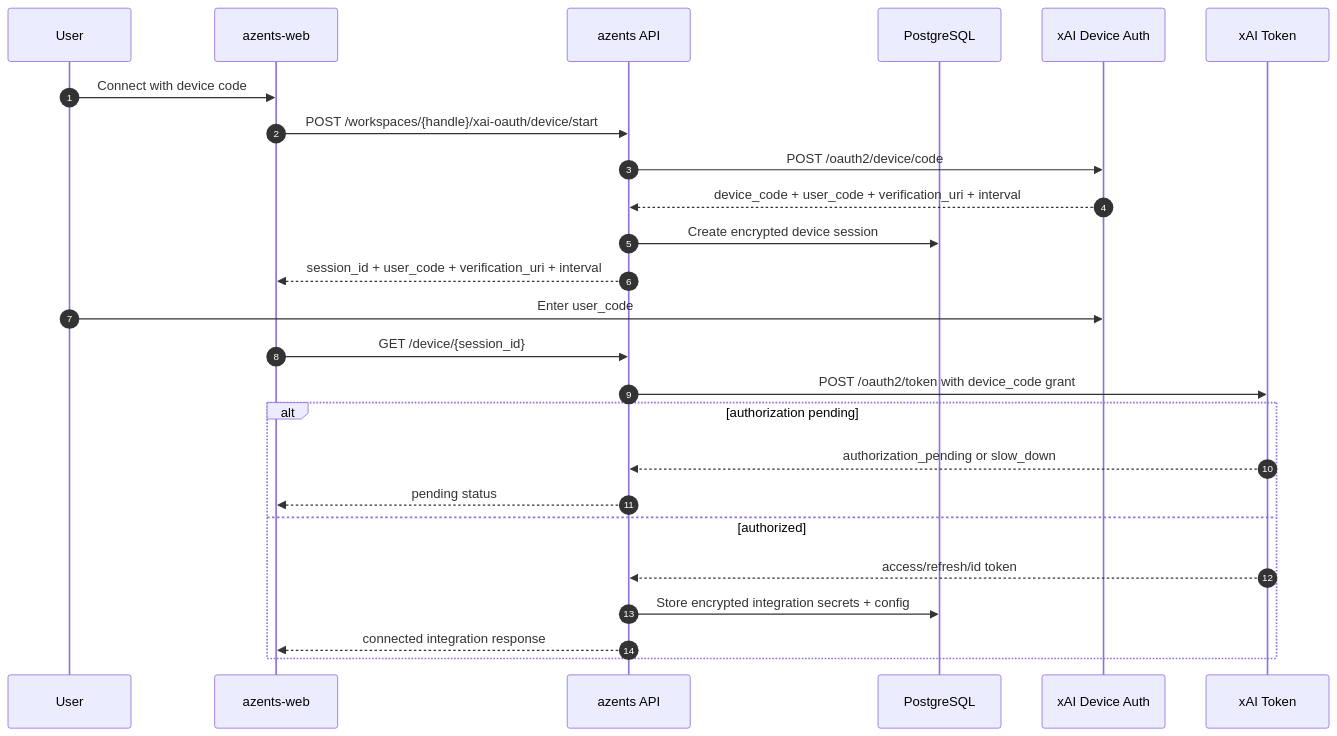
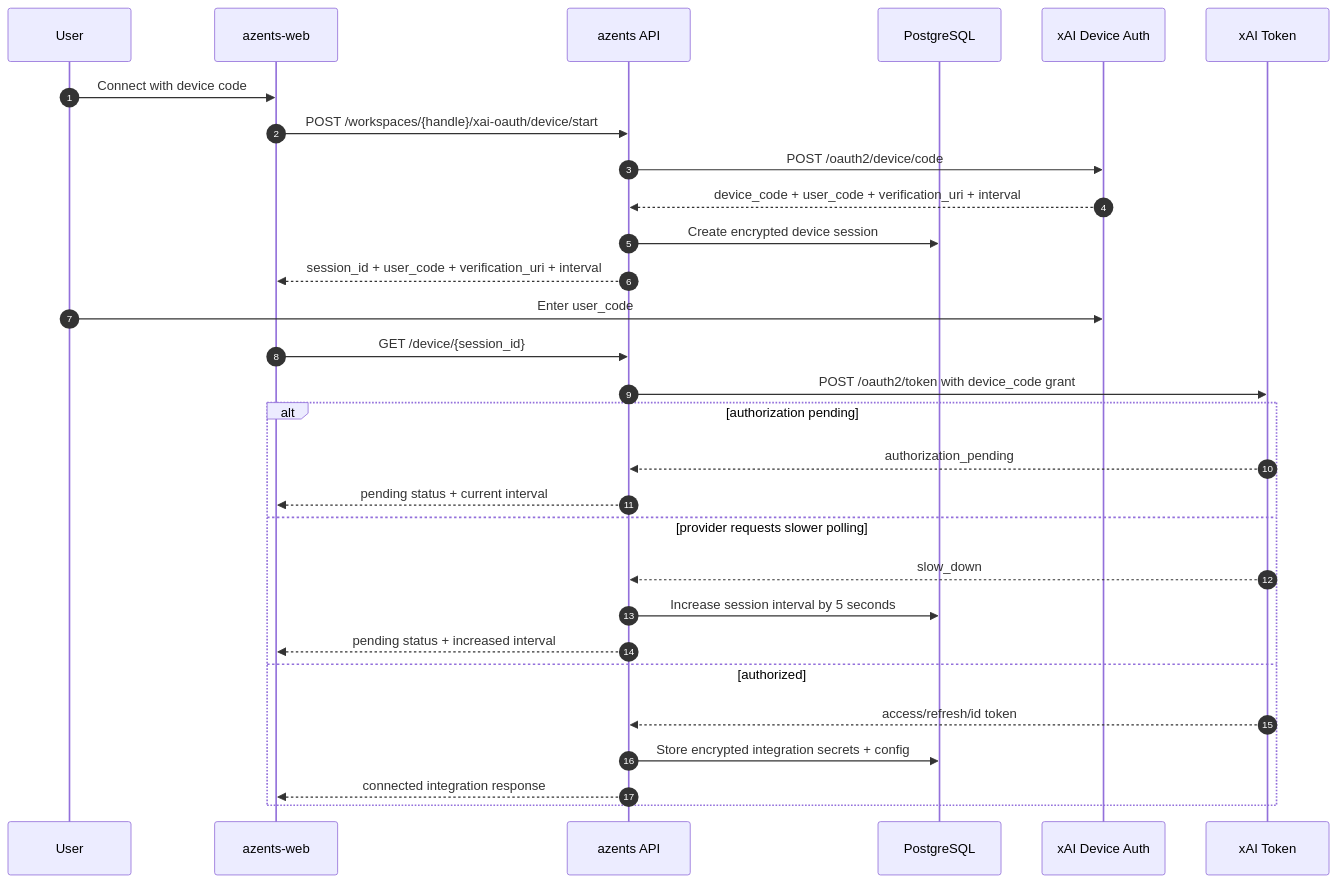
One commit to azents/azents changed the first of 2 diagrams in docs/azents/spec/flow/xai-oauth.md. Above: the diagram before and after it, drawn with Mermaid. The commit also changed other lines of this file and 27 other files, not shown here.

````diff
--- a/docs/azents/spec/flow/xai-oauth.md
+++ b/docs/azents/spec/flow/xai-oauth.md
@@ -102,28 +98,32 @@
 ```mermaid
 sequenceDiagram
     autonumber
     participant User as User
     participant Web as azents-web
     participant API as azents API
     participant DB as PostgreSQL
     participant Device as xAI Device Auth
     participant Token as xAI Token
 
     User->>Web: Connect with device code
     Web->>API: POST /workspaces/{handle}/xai-oauth/device/start
     API->>Device: POST /oauth2/device/code
     Device-->>API: device_code + user_code + verification_uri + interval
     API->>DB: Create encrypted device session
     API-->>Web: session_id + user_code + verification_uri + interval
     User->>Device: Enter user_code
     Web->>API: GET /device/{session_id}
     API->>Token: POST /oauth2/token with device_code grant
     alt authorization pending
-        Token-->>API: authorization_pending or slow_down
-        API-->>Web: pending status
+        Token-->>API: authorization_pending
+        API-->>Web: pending status + current interval
+    else provider requests slower polling
+        Token-->>API: slow_down
+        API->>DB: Increase session interval by 5 seconds
+        API-->>Web: pending status + increased interval
     else authorized
         Token-->>API: access/refresh/id token
         API->>DB: Store encrypted integration secrets + config
         API-->>Web: connected integration response
     end
 ```
````
